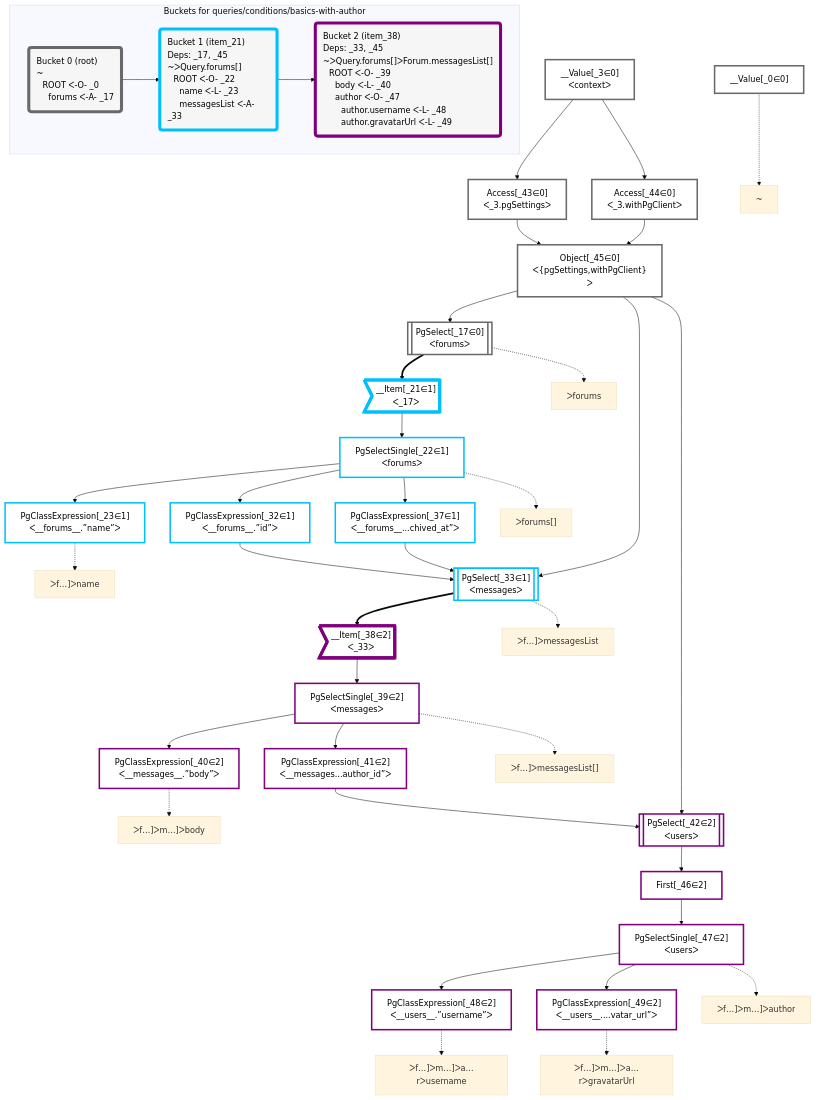
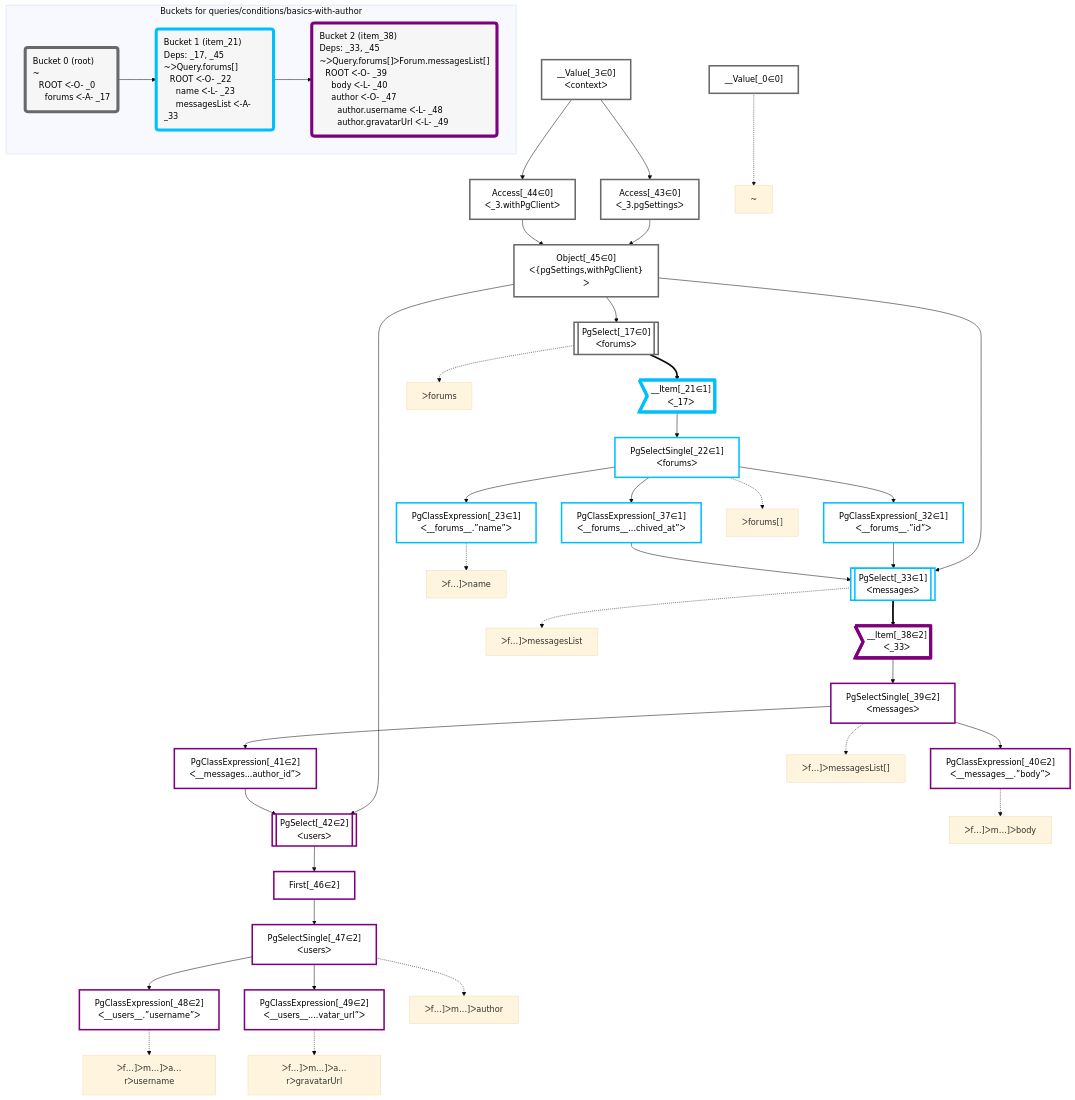
One commit to graphile/crystal changed the diagram in packages/dataplan-pg/__tests__/queries/conditions/basics-with-author.deopt.mermaid.md. Above: the diagram before and after it, drawn with Mermaid (base theme). The commit also changed other lines of this file and 195 other files, not shown here.

```diff
--- a/packages/dataplan-pg/__tests__/queries/conditions/basics-with-author.deopt.mermaid.md
+++ b/packages/dataplan-pg/__tests__/queries/conditions/basics-with-author.deopt.mermaid.md
@@ -9,47 +9,47 @@
 
     %% define plans
     __Value_0["__Value[_0∈0]"]:::plan
-    __Value_3["__Value[_3∈0]<br />ᐸcontextᐳ"]:::plan
+    PgClassExpression_23["PgClassExpression[_23∈1]<br />ᐸ__forums__.”name”ᐳ"]:::plan
+    PgClassExpression_40["PgClassExpression[_40∈2]<br />ᐸ__messages__.”body”ᐳ"]:::plan
+    PgClassExpression_48["PgClassExpression[_48∈2]<br />ᐸ__users__.”username”ᐳ"]:::plan
+    PgClassExpression_49["PgClassExpression[_49∈2]<br />ᐸ__users__....vatar_url”ᐳ"]:::plan
+    PgSelectSingle_47["PgSelectSingle[_47∈2]<br />ᐸusersᐳ"]:::plan
+    First_46["First[_46∈2]"]:::plan
+    PgSelect_42[["PgSelect[_42∈2]<br />ᐸusersᐳ"]]:::plan
+    PgClassExpression_41["PgClassExpression[_41∈2]<br />ᐸ__messages...author_id”ᐳ"]:::plan
+    PgSelectSingle_39["PgSelectSingle[_39∈2]<br />ᐸmessagesᐳ"]:::plan
+    __Item_38>"__Item[_38∈2]<br />ᐸ_33ᐳ"]:::itemplan
+    PgSelect_33[["PgSelect[_33∈1]<br />ᐸmessagesᐳ"]]:::plan
+    PgClassExpression_32["PgClassExpression[_32∈1]<br />ᐸ__forums__.”id”ᐳ"]:::plan
+    PgClassExpression_37["PgClassExpression[_37∈1]<br />ᐸ__forums__...chived_at”ᐳ"]:::plan
+    PgSelectSingle_22["PgSelectSingle[_22∈1]<br />ᐸforumsᐳ"]:::plan
+    __Item_21>"__Item[_21∈1]<br />ᐸ_17ᐳ"]:::itemplan
     PgSelect_17[["PgSelect[_17∈0]<br />ᐸforumsᐳ"]]:::plan
-    __Item_21>"__Item[_21∈1]<br />ᐸ_17ᐳ"]:::itemplan
-    PgSelectSingle_22["PgSelectSingle[_22∈1]<br />ᐸforumsᐳ"]:::plan
-    PgClassExpression_23["PgClassExpression[_23∈1]<br />ᐸ__forums__.”name”ᐳ"]:::plan
-    PgClassExpression_32["PgClassExpression[_32∈1]<br />ᐸ__forums__.”id”ᐳ"]:::plan
-    PgSelect_33[["PgSelect[_33∈1]<br />ᐸmessagesᐳ"]]:::plan
-    PgClassExpression_37["PgClassExpression[_37∈1]<br />ᐸ__forums__...chived_at”ᐳ"]:::plan
-    __Item_38>"__Item[_38∈2]<br />ᐸ_33ᐳ"]:::itemplan
-    PgSelectSingle_39["PgSelectSingle[_39∈2]<br />ᐸmessagesᐳ"]:::plan
-    PgClassExpression_40["PgClassExpression[_40∈2]<br />ᐸ__messages__.”body”ᐳ"]:::plan
-    PgClassExpression_41["PgClassExpression[_41∈2]<br />ᐸ__messages...author_id”ᐳ"]:::plan
-    PgSelect_42[["PgSelect[_42∈2]<br />ᐸusersᐳ"]]:::plan
+    Object_45["Object[_45∈0]<br />ᐸ{pgSettings,withPgClient}ᐳ"]:::plan
     Access_43["Access[_43∈0]<br />ᐸ_3.pgSettingsᐳ"]:::plan
     Access_44["Access[_44∈0]<br />ᐸ_3.withPgClientᐳ"]:::plan
-    Object_45["Object[_45∈0]<br />ᐸ{pgSettings,withPgClient}ᐳ"]:::plan
-    First_46["First[_46∈2]"]:::plan
-    PgSelectSingle_47["PgSelectSingle[_47∈2]<br />ᐸusersᐳ"]:::plan
-    PgClassExpression_48["PgClassExpression[_48∈2]<br />ᐸ__users__.”username”ᐳ"]:::plan
-    PgClassExpression_49["PgClassExpression[_49∈2]<br />ᐸ__users__....vatar_url”ᐳ"]:::plan
+    __Value_3["__Value[_3∈0]<br />ᐸcontextᐳ"]:::plan
 
     %% plan dependencies
+    PgSelectSingle_22 --> PgClassExpression_23
+    PgSelectSingle_39 --> PgClassExpression_40
+    PgSelectSingle_47 --> PgClassExpression_48
+    PgSelectSingle_47 --> PgClassExpression_49
+    First_46 --> PgSelectSingle_47
+    PgSelect_42 --> First_46
+    Object_45 & PgClassExpression_41 --> PgSelect_42
+    PgSelectSingle_39 --> PgClassExpression_41
+    __Item_38 --> PgSelectSingle_39
+    PgSelect_33 ==> __Item_38
+    Object_45 & PgClassExpression_32 & PgClassExpression_37 --> PgSelect_33
+    PgSelectSingle_22 --> PgClassExpression_32
+    PgSelectSingle_22 --> PgClassExpression_37
+    __Item_21 --> PgSelectSingle_22
+    PgSelect_17 ==> __Item_21
     Object_45 --> PgSelect_17
-    PgSelect_17 ==> __Item_21
-    __Item_21 --> PgSelectSingle_22
-    PgSelectSingle_22 --> PgClassExpression_23
-    PgSelectSingle_22 --> PgClassExpression_32
-    Object_45 & PgClassExpression_32 & PgClassExpression_37 --> PgSelect_33
-    PgSelectSingle_22 --> PgClassExpression_37
-    PgSelect_33 ==> __Item_38
-    __Item_38 --> PgSelectSingle_39
-    PgSelectSingle_39 --> PgClassExpression_40
-    PgSelectSingle_39 --> PgClassExpression_41
-    Object_45 & PgClassExpression_41 --> PgSelect_42
+    Access_43 & Access_44 --> Object_45
     __Value_3 --> Access_43
     __Value_3 --> Access_44
-    Access_43 & Access_44 --> Object_45
-    PgSelect_42 --> First_46
-    First_46 --> PgSelectSingle_47
-    PgSelectSingle_47 --> PgClassExpression_48
-    PgSelectSingle_47 --> PgClassExpression_49
 
     %% plan-to-path relationships
     P_0["~"]
```
